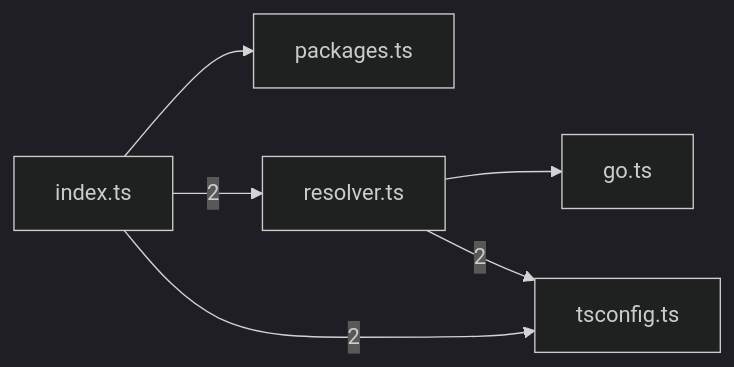
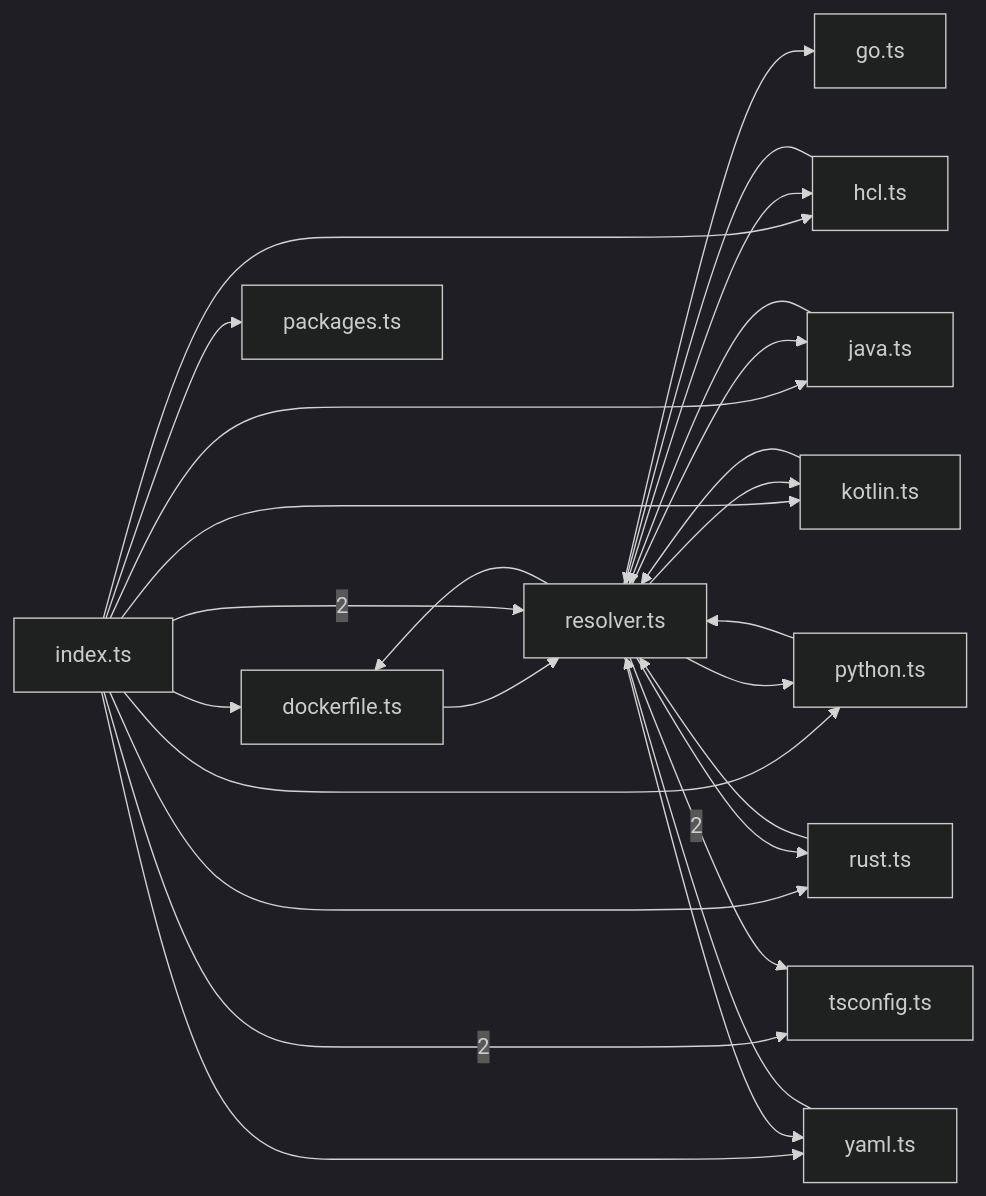
The sixth of 8 diagrams in .greplost/packages/greplost__core/MAP.md (sns45/greplost), drawn with Mermaid (dark theme) before and after one commit. The commit also changed other lines of this file and 167 other files, not shown here.

First line of the commit message:
feat(build2): seam - schema 2, langOf, seven grammars, dispatch stubs, signals, references, bench harness

````diff
--- a/.greplost/packages/greplost__core/MAP.md
+++ b/.greplost/packages/greplost__core/MAP.md
@@ -188,13 +321,41 @@
 ```mermaid
 graph LR
+  packages_core_src_resolve_dockerfile_ts["dockerfile.ts"]
   packages_core_src_resolve_go_ts["go.ts"]
+  packages_core_src_resolve_hcl_ts["hcl.ts"]
   packages_core_src_resolve_index_ts["index.ts"]
+  packages_core_src_resolve_java_ts["java.ts"]
+  packages_core_src_resolve_kotlin_ts["kotlin.ts"]
   packages_core_src_resolve_packages_ts["packages.ts"]
+  packages_core_src_resolve_python_ts["python.ts"]
   packages_core_src_resolve_resolver_ts["resolver.ts"]
+  packages_core_src_resolve_rust_ts["rust.ts"]
   packages_core_src_resolve_tsconfig_ts["tsconfig.ts"]
+  packages_core_src_resolve_yaml_ts["yaml.ts"]
+  packages_core_src_resolve_dockerfile_ts --> packages_core_src_resolve_resolver_ts
+  packages_core_src_resolve_hcl_ts --> packages_core_src_resolve_resolver_ts
+  packages_core_src_resolve_index_ts --> packages_core_src_resolve_dockerfile_ts
+  packages_core_src_resolve_index_ts --> packages_core_src_resolve_hcl_ts
+  packages_core_src_resolve_index_ts --> packages_core_src_resolve_java_ts
+  packages_core_src_resolve_index_ts --> packages_core_src_resolve_kotlin_ts
   packages_core_src_resolve_index_ts --> packages_core_src_resolve_packages_ts
+  packages_core_src_resolve_index_ts --> packages_core_src_resolve_python_ts
   packages_core_src_resolve_index_ts -->|2| packages_core_src_resolve_resolver_ts
+  packages_core_src_resolve_index_ts --> packages_core_src_resolve_rust_ts
   packages_core_src_resolve_index_ts -->|2| packages_core_src_resolve_tsconfig_ts
+  packages_core_src_resolve_index_ts --> packages_core_src_resolve_yaml_ts
+  packages_core_src_resolve_java_ts --> packages_core_src_resolve_resolver_ts
+  packages_core_src_resolve_kotlin_ts --> packages_core_src_resolve_resolver_ts
+  packages_core_src_resolve_python_ts --> packages_core_src_resolve_resolver_ts
+  packages_core_src_resolve_resolver_ts --> packages_core_src_resolve_dockerfile_ts
   packages_core_src_resolve_resolver_ts --> packages_core_src_resolve_go_ts
+  packages_core_src_resolve_resolver_ts --> packages_core_src_resolve_hcl_ts
+  packages_core_src_resolve_resolver_ts --> packages_core_src_resolve_java_ts
+  packages_core_src_resolve_resolver_ts --> packages_core_src_resolve_kotlin_ts
+  packages_core_src_resolve_resolver_ts --> packages_core_src_resolve_python_ts
+  packages_core_src_resolve_resolver_ts --> packages_core_src_resolve_rust_ts
   packages_core_src_resolve_resolver_ts -->|2| packages_core_src_resolve_tsconfig_ts
+  packages_core_src_resolve_resolver_ts --> packages_core_src_resolve_yaml_ts
+  packages_core_src_resolve_rust_ts --> packages_core_src_resolve_resolver_ts
+  packages_core_src_resolve_yaml_ts --> packages_core_src_resolve_resolver_ts
 ```
````
